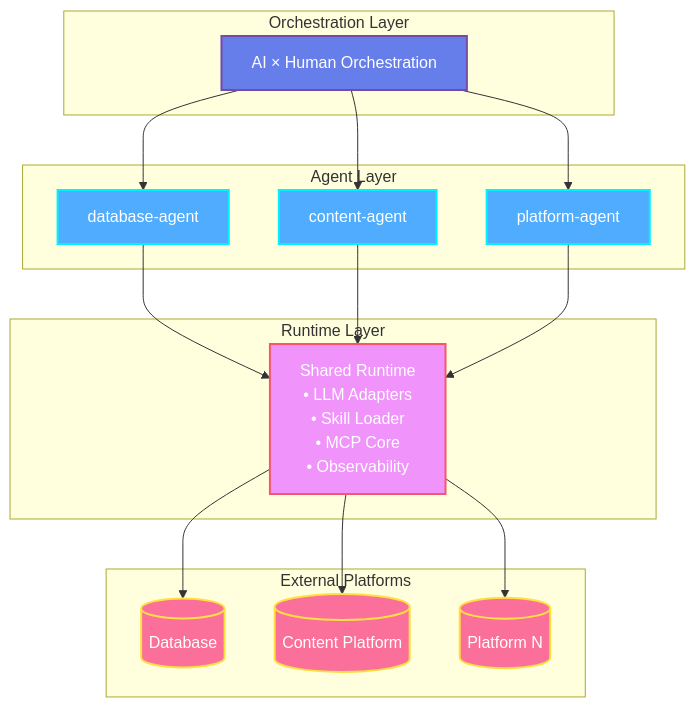
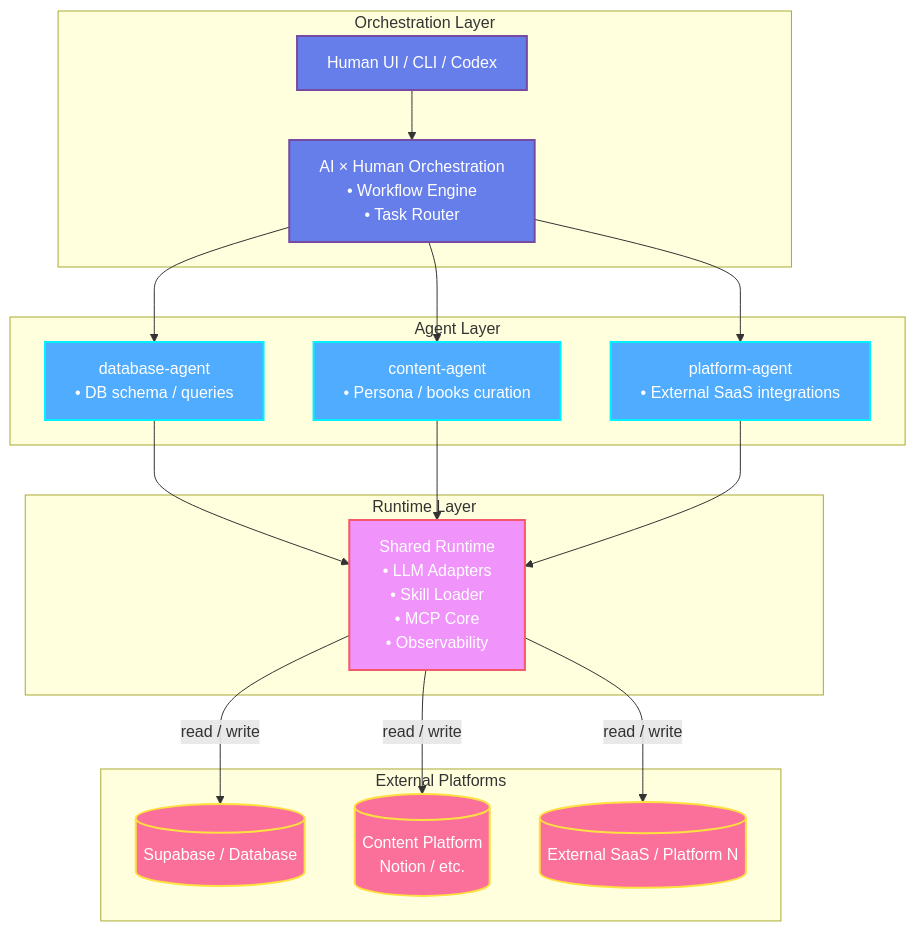
The first of 2 diagrams in README.md (artificial-intelligence-first/aao-skeleton), drawn with Mermaid before and after one commit.

Commit message:
Update architecture diagram in README.md

````diff
--- a/README.md
+++ b/README.md
@@ -26,44 +26,53 @@
 ```mermaid
 graph TB
+    %% ========== Orchestration Layer ==========
     subgraph "Orchestration Layer"
-        Orchestration[AI × Human Orchestration]
+        Human[Human UI / CLI / Codex]
+        Orchestration[AI × Human Orchestration<br/>• Workflow Engine<br/>• Task Router]
     end
 
+    %% ========== Agent Layer ==========
     subgraph "Agent Layer"
-        Agent1[database-agent]
-        Agent2[content-agent]
-        Agent3[platform-agent]
+        Agent1[database-agent<br/>• DB schema / queries]
+        Agent2[content-agent<br/>• Persona / books curation]
+        Agent3[platform-agent<br/>• External SaaS integrations]
     end
 
+    %% ========== Runtime Layer ==========
     subgraph "Runtime Layer"
         Runtime[Shared Runtime<br/>• LLM Adapters<br/>• Skill Loader<br/>• MCP Core<br/>• Observability]
     end
 
+    %% ========== External Platforms ==========
     subgraph "External Platforms"
-        Platform1[(Database)]
-        Platform2[(Content Platform)]
-        Platform3[(Platform N)]
+        Platform1[(Supabase / Database)]
+        Platform2[(Content Platform<br/>Notion / etc.)]
+        Platform3[(External SaaS / Platform N)]
     end
+
+    %% ========== Flows ==========
+    Human --> Orchestration
 
     Orchestration --> Agent1
     Orchestration --> Agent2
     Orchestration --> Agent3
 
     Agent1 --> Runtime
     Agent2 --> Runtime
     Agent3 --> Runtime
 
-    Runtime --> Platform1
-    Runtime --> Platform2
-    Runtime --> Platform3
+    Runtime -->|read / write| Platform1
+    Runtime -->|read / write| Platform2
+    Runtime -->|read / write| Platform3
 
+    %% ========== Styles ==========
     classDef orchestrationStyle fill:#667eea,stroke:#764ba2,stroke-width:2px,color:#fff
-    classDef agentStyle fill:#4facfe,stroke:#00f2fe,stroke-width:2px,color:#fff
-    classDef runtimeStyle fill:#f093fb,stroke:#f5576c,stroke-width:2px,color:#fff
-    classDef platformStyle fill:#fa709a,stroke:#fee140,stroke-width:2px,color:#fff
+    classDef agentStyle         fill:#4facfe,stroke:#00f2fe,stroke-width:2px,color:#fff
+    classDef runtimeStyle       fill:#f093fb,stroke:#f5576c,stroke-width:2px,color:#fff
+    classDef platformStyle      fill:#fa709a,stroke:#fee140,stroke-width:2px,color:#fff
 
-    class Orchestration orchestrationStyle
+    class Human,Orchestration orchestrationStyle
     class Agent1,Agent2,Agent3 agentStyle
     class Runtime runtimeStyle
     class Platform1,Platform2,Platform3 platformStyle
 ```
````
